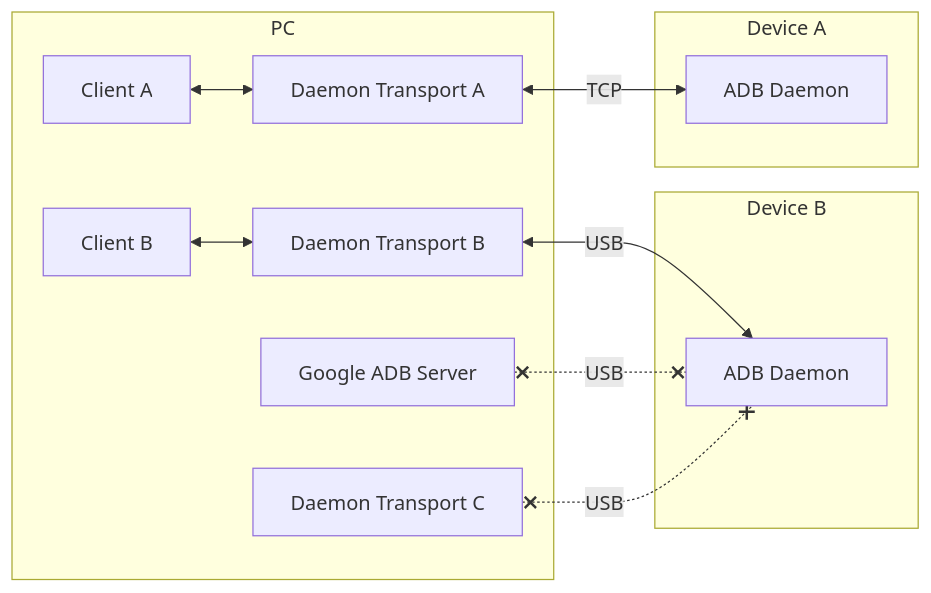
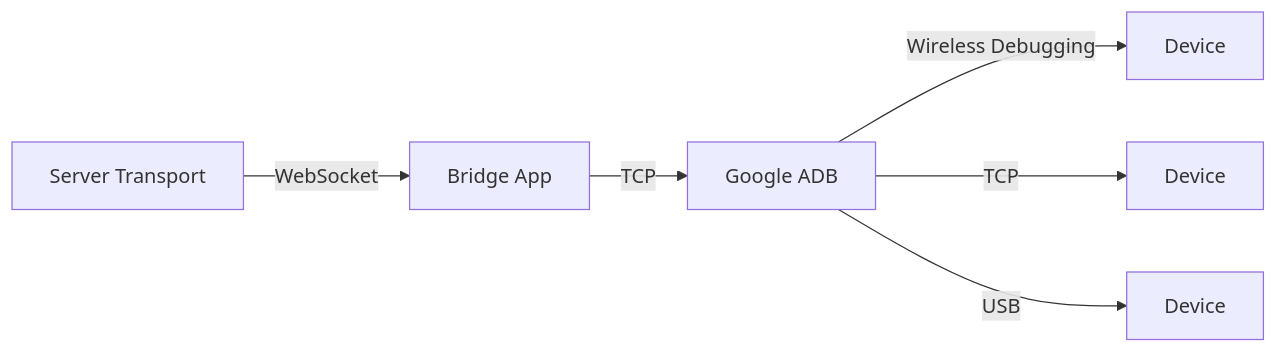
Before and after one commit to tango-adb/docs: the second of 13 diagrams in docs/tango/index.mdx, drawn with Mermaid. The commit also changed other lines of this file and 6 other files, not shown here.

````diff
--- a/docs/tango/index.mdx
+++ b/docs/tango/index.mdx
@@ -83,17 +81,6 @@
 ```mermaid
 flowchart LR
-    subgraph PC
-        CA["Client A"] <--> TA["Daemon Transport A"]
-        CB["Client B"] <--> TB["Daemon Transport B"]
-    end
-    subgraph A["Device B"]
-        TB <-->|USB| AD["ADB Daemon"]
-    end
-    subgraph B["Device A"]
-        TA <-->|TCP| BD["ADB Daemon"]
-    end
-    subgraph PC
-        S["Google ADB Server"] x-.-x|USB| AD
-        O["Daemon Transport C"] x-.-x|USB| AD
-    end
+    T["Server Transport"] -- WebSocket --> B["Bridge App"] -- TCP --> G["Google ADB"] -- Wireless Debugging --> DA["Device"]
+    G["Google ADB"] -- TCP --> DB["Device"]
+    G["Google ADB"] -- USB --> DC["Device"]
 ```
````
